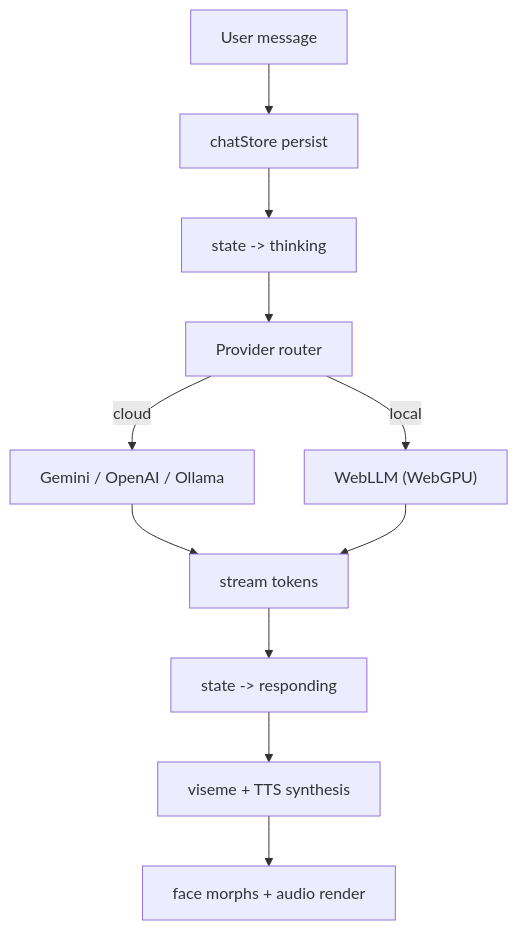
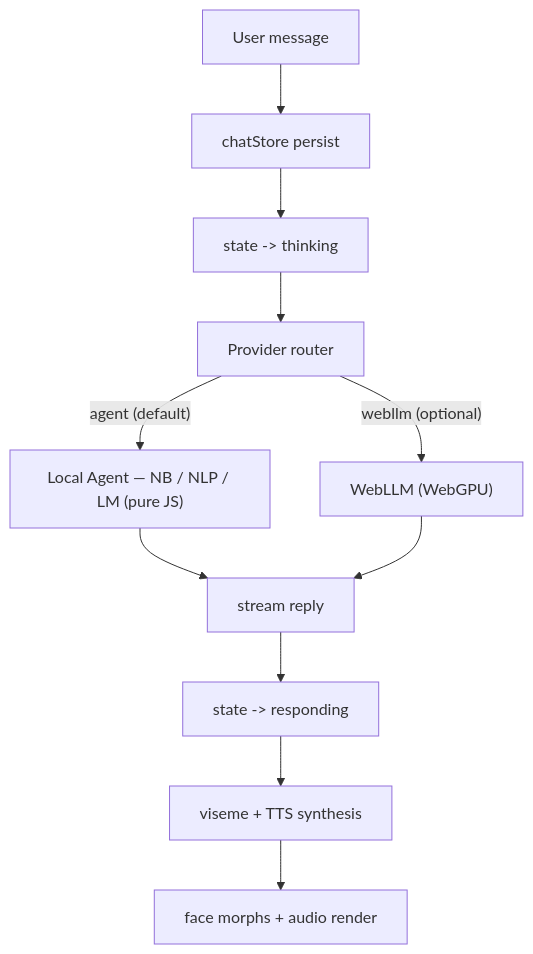
One commit to sh0-dax/Morphius changed the diagram in README.md. Above: the diagram before and after it, drawn with Mermaid. The commit also changed other lines of this file and 29 other files, not shown here.

First line of the commit message:
M7: local cognitive agent - from-scratch NB/NLP/LM in pure JS (ar/fr/en, 24 intents), seed corpus + Python parity trainer, IndexedDB memory + bounded learning loop, default provider, sw v51

````diff
--- a/README.md
+++ b/README.md
@@ -60,13 +59,13 @@
 ```mermaid
 graph TD
     A["User message"] --> B["chatStore persist"]
     B --> C["state -> thinking"]
     C --> D["Provider router"]
-    D -->|cloud| E["Gemini / OpenAI / Ollama"]
-    D -->|local| F["WebLLM (WebGPU)"]
-    E --> G["stream tokens"]
+    D -->|"agent (default)"| E["Local Agent — NB / NLP / LM (pure JS)"]
+    D -->|"webllm (optional)"| F["WebLLM (WebGPU)"]
+    E --> G["stream reply"]
     F --> G
     G --> H["state -> responding"]
     H --> I["viseme + TTS synthesis"]
     I --> J["face morphs + audio render"]
 ```
````
